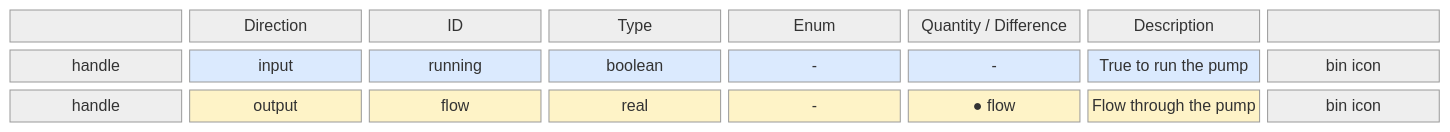
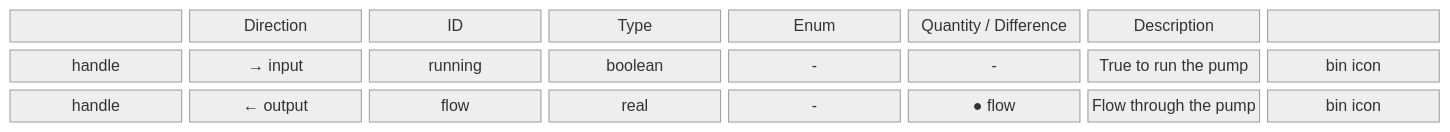
Before and after one commit to AlexandreGallais/synoptic-studio-spec: diagram 22 of 51 in metadata/draft.md, drawn with Mermaid (neutral theme). The commit also changed other lines of this file and 7 other files, not shown here.

````diff
--- a/metadata/draft.md
+++ b/metadata/draft.md
@@ -594,19 +594,7 @@
 ```mermaid
 block-beta
     columns 8
     h0[" "] h8["Direction"] h1["ID"] h2["Type"] h3["Enum"] h4["Quantity / Difference"] h5["Description"] h9[" "]
-    r0["handle"] r8["input"] r1["running"] r2["boolean"] r3["-"] r4["-"] r5["True to run the pump"] r9["bin icon"]
-    s0["handle"] s8["output"] s1["flow"] s2["real"] s3["-"] s4["● flow"] s5["Flow through the pump"] s9["bin icon"]
-    style r8 fill:#dbeafe
-    style r1 fill:#dbeafe
-    style r2 fill:#dbeafe
-    style r3 fill:#dbeafe
-    style r4 fill:#dbeafe
-    style r5 fill:#dbeafe
-    style s8 fill:#fef3c7
-    style s1 fill:#fef3c7
-    style s2 fill:#fef3c7
-    style s3 fill:#fef3c7
-    style s4 fill:#fef3c7
-    style s5 fill:#fef3c7
+    r0["handle"] r8["→ input"] r1["running"] r2["boolean"] r3["-"] r4["-"] r5["True to run the pump"] r9["bin icon"]
+    s0["handle"] s8["← output"] s1["flow"] s2["real"] s3["-"] s4["● flow"] s5["Flow through the pump"] s9["bin icon"]
 ```
````
